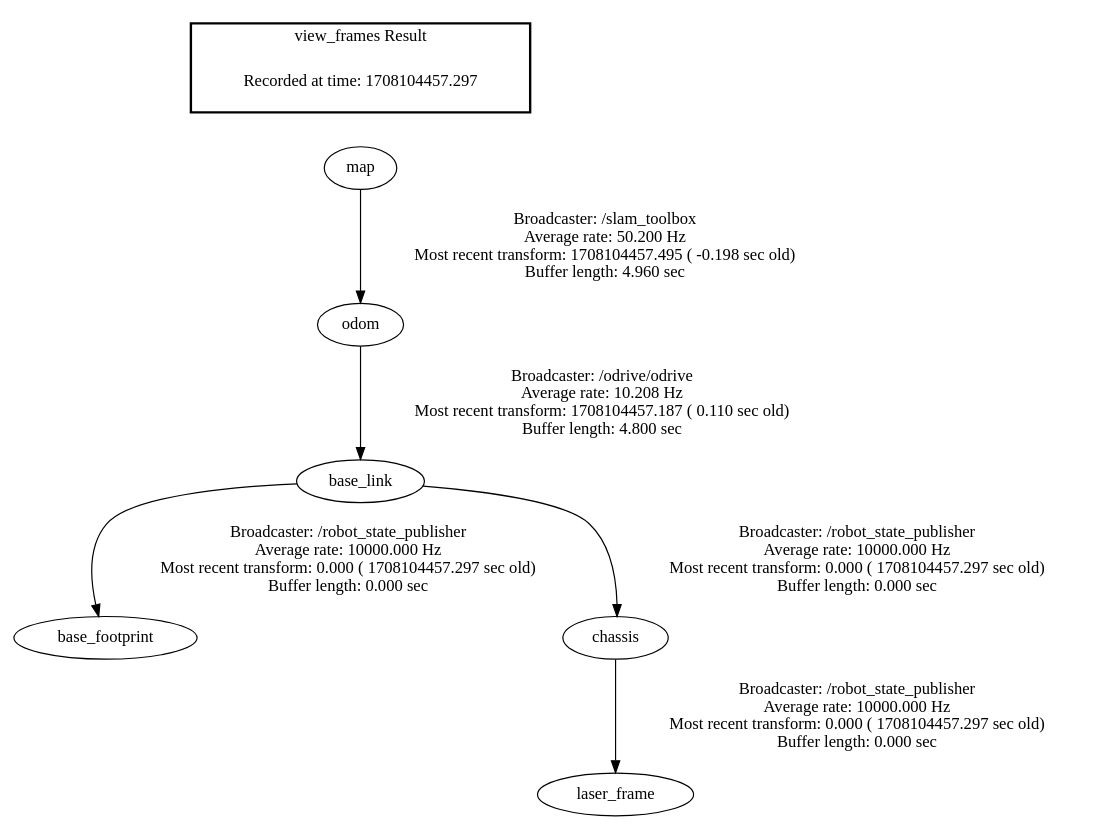
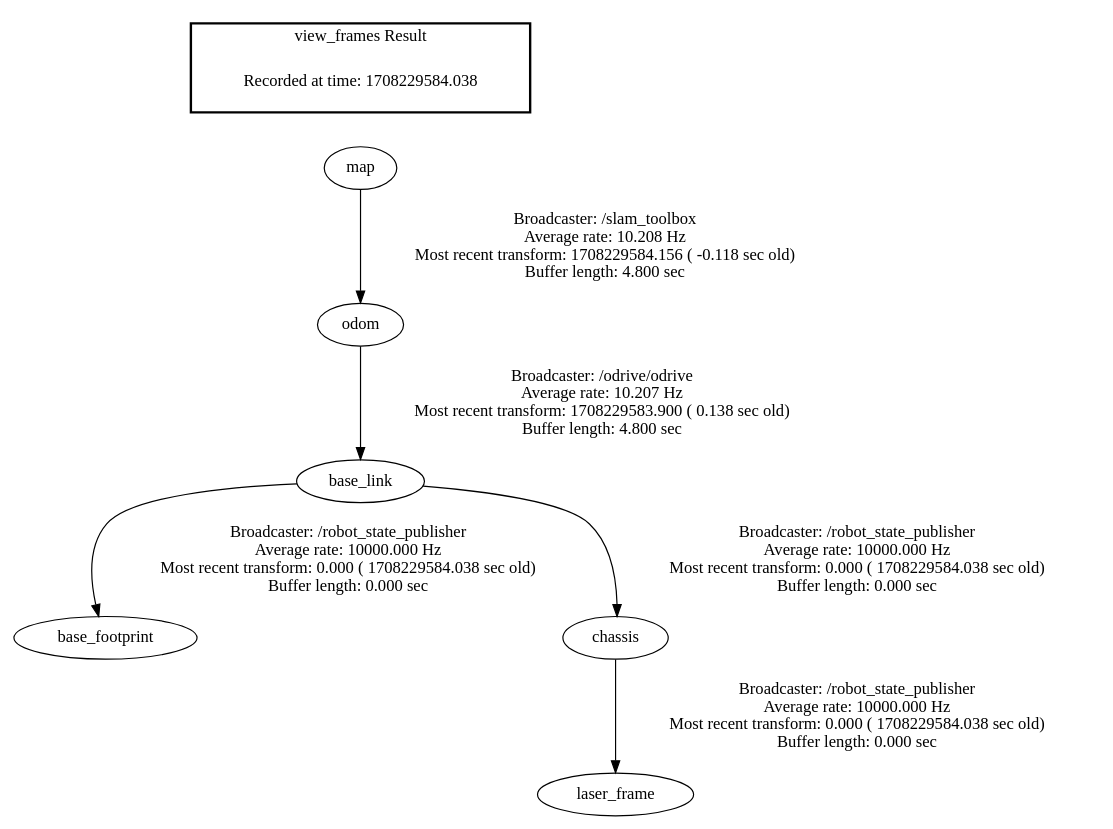
The diagram in catkin_ws/frames.gv (WillPawlowski/MARS2023), drawn with Graphviz before and after one commit. The commit also changed 37 other files, not shown here.

```diff
--- a/catkin_ws/frames.gv
+++ b/catkin_ws/frames.gv
@@ -1,11 +1,11 @@
 digraph G {
-"map" -> "odom"[label="Broadcaster: /slam_toolbox\nAverage rate: 50.200 Hz\nMost recent transform: 1708104457.495 ( -0.198 sec old)\nBuffer length: 4.960 sec\n"];
-"base_link" -> "base_footprint"[label="Broadcaster: /robot_state_publisher\nAverage rate: 10000.000 Hz\nMost recent transform: 0.000 ( 1708104457.297 sec old)\nBuffer length: 0.000 sec\n"];
-"odom" -> "base_link"[label="Broadcaster: /odrive/odrive\nAverage rate: 10.208 Hz\nMost recent transform: 1708104457.187 ( 0.110 sec old)\nBuffer length: 4.800 sec\n"];
-"base_link" -> "chassis"[label="Broadcaster: /robot_state_publisher\nAverage rate: 10000.000 Hz\nMost recent transform: 0.000 ( 1708104457.297 sec old)\nBuffer length: 0.000 sec\n"];
-"chassis" -> "laser_frame"[label="Broadcaster: /robot_state_publisher\nAverage rate: 10000.000 Hz\nMost recent transform: 0.000 ( 1708104457.297 sec old)\nBuffer length: 0.000 sec\n"];
+"base_link" -> "base_footprint"[label="Broadcaster: /robot_state_publisher\nAverage rate: 10000.000 Hz\nMost recent transform: 0.000 ( 1708229584.038 sec old)\nBuffer length: 0.000 sec\n"];
+"odom" -> "base_link"[label="Broadcaster: /odrive/odrive\nAverage rate: 10.207 Hz\nMost recent transform: 1708229583.900 ( 0.138 sec old)\nBuffer length: 4.800 sec\n"];
+"base_link" -> "chassis"[label="Broadcaster: /robot_state_publisher\nAverage rate: 10000.000 Hz\nMost recent transform: 0.000 ( 1708229584.038 sec old)\nBuffer length: 0.000 sec\n"];
+"chassis" -> "laser_frame"[label="Broadcaster: /robot_state_publisher\nAverage rate: 10000.000 Hz\nMost recent transform: 0.000 ( 1708229584.038 sec old)\nBuffer length: 0.000 sec\n"];
+"map" -> "odom"[label="Broadcaster: /slam_toolbox\nAverage rate: 10.208 Hz\nMost recent transform: 1708229584.156 ( -0.118 sec old)\nBuffer length: 4.800 sec\n"];
 edge [style=invis];
  subgraph cluster_legend { style=bold; color=black; label ="view_frames Result";
-"Recorded at time: 1708104457.297"[ shape=plaintext ] ;
+"Recorded at time: 1708229584.038"[ shape=plaintext ] ;
  }->"map";
 }
```
